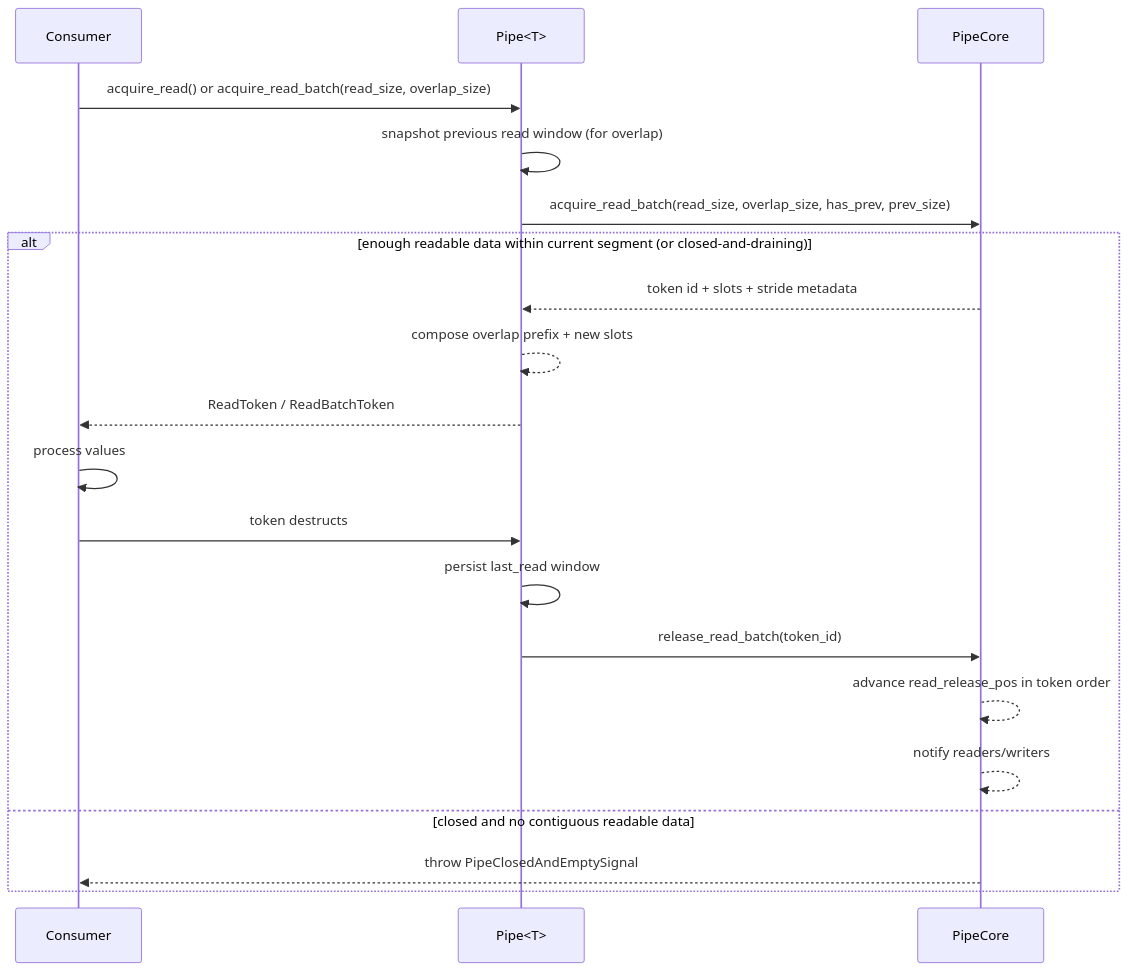
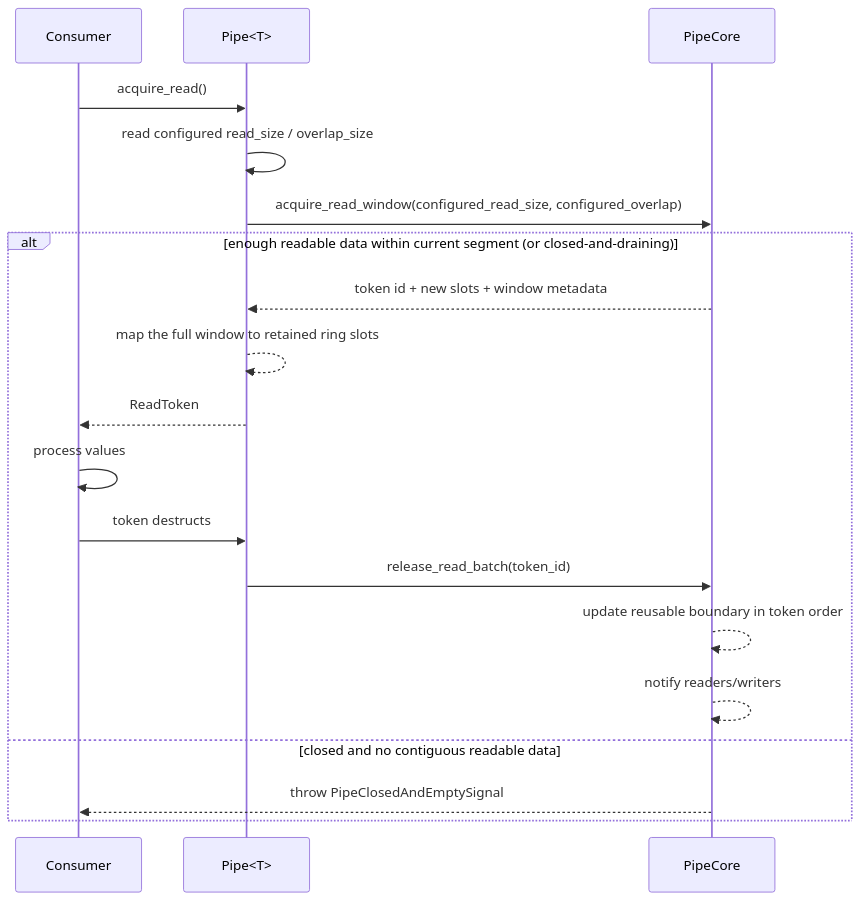
Before and after one commit to jay6987/Takt: the diagram in docs/pipe-read-sequence.md, drawn with Mermaid. The commit also changed other lines of this file and 28 other files, not shown here.

````diff
--- a/docs/pipe-read-sequence.md
+++ b/docs/pipe-read-sequence.md
@@ -7,24 +7,23 @@
 ```mermaid
 sequenceDiagram
     participant Consumer
     participant Pipe as Pipe<T>
     participant Core as PipeCore
 
-    Consumer->>Pipe: acquire_read() or acquire_read_batch(read_size, overlap_size)
-    Pipe->>Pipe: snapshot previous read window (for overlap)
-    Pipe->>Core: acquire_read_batch(read_size, overlap_size, has_prev, prev_size)
+    Consumer->>Pipe: acquire_read()
+    Pipe->>Pipe: read configured read_size / overlap_size
+    Pipe->>Core: acquire_read_window(configured_read_size, configured_overlap)
 
     alt enough readable data within current segment (or closed-and-draining)
-        Core-->>Pipe: token id + slots + stride metadata
-        Pipe-->>Pipe: compose overlap prefix + new slots
-        Pipe-->>Consumer: ReadToken / ReadBatchToken
+        Core-->>Pipe: token id + new slots + window metadata
+        Pipe-->>Pipe: map the full window to retained ring slots
+        Pipe-->>Consumer: ReadToken
         Consumer->>Consumer: process values
         Consumer->>Pipe: token destructs
-        Pipe->>Pipe: persist last_read window
         Pipe->>Core: release_read_batch(token_id)
-        Core-->>Core: advance read_release_pos in token order
+        Core-->>Core: update reusable boundary in token order
         Core-->>Core: notify readers/writers
     else closed and no contiguous readable data
         Core-->>Consumer: throw PipeClosedAndEmptySignal
     end
 ```
````
